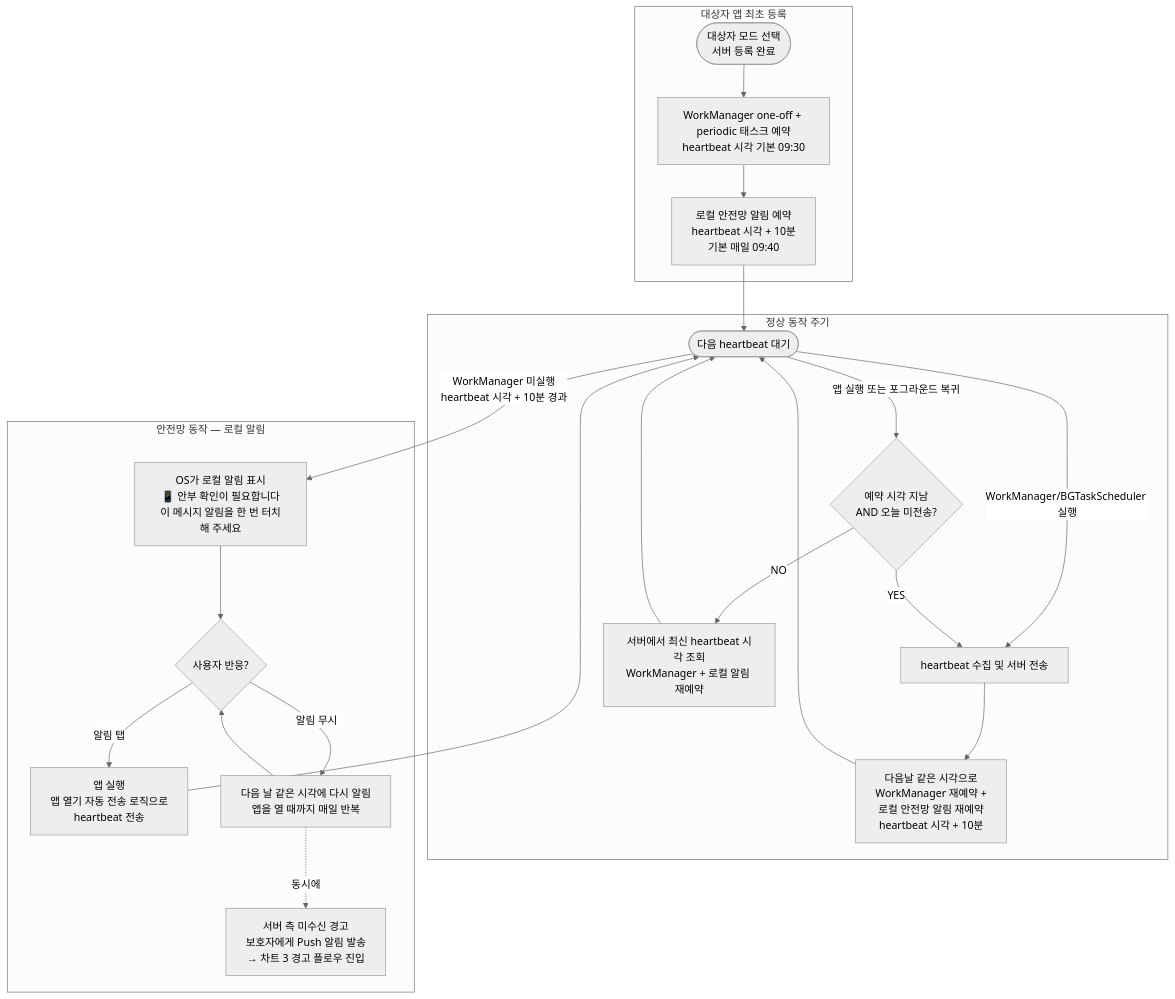
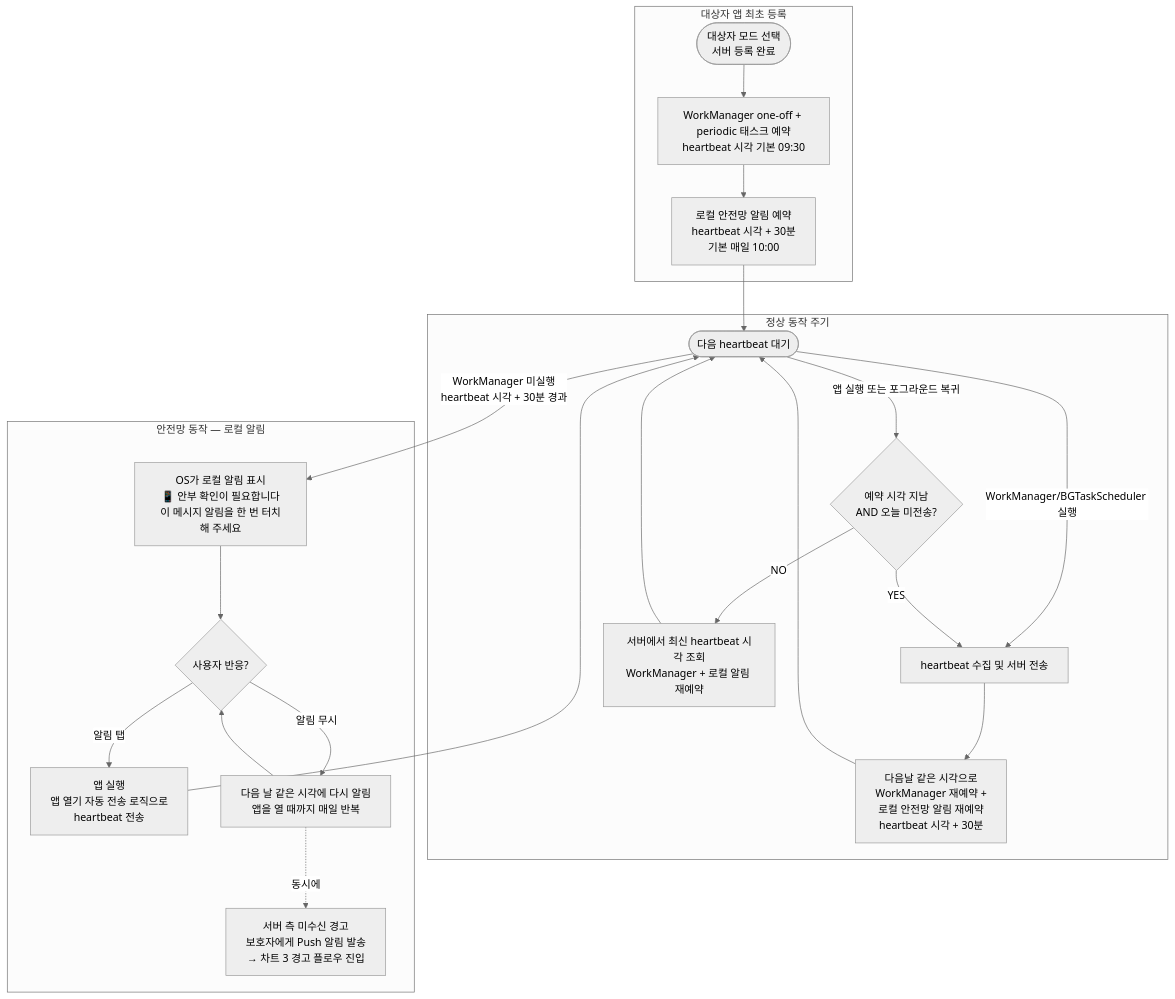
One commit to l10s18bok/kr.co.anbucheck changed the seventh of 7 diagrams in .claude/rules/heartbeat_flowchart.md. Above: the diagram before and after it, drawn with Mermaid (neutral theme). The commit also changed other lines of this file and 3 other files, not shown here.

````diff
--- a/.claude/rules/heartbeat_flowchart.md
+++ b/.claude/rules/heartbeat_flowchart.md
@@ -237,37 +237,37 @@
 ```mermaid
 flowchart TD
     subgraph 최초설치[대상자 앱 최초 등록]
         Install([대상자 모드 선택<br/>서버 등록 완료])
         Install --> FirstWM[WorkManager one-off + periodic 태스크 예약<br/>heartbeat 시각 기본 09:30]
-        FirstWM --> FirstAlarm[로컬 안전망 알림 예약<br/>heartbeat 시각 + 10분<br/>기본 매일 09:40]
+        FirstWM --> FirstAlarm[로컬 안전망 알림 예약<br/>heartbeat 시각 + 30분<br/>기본 매일 10:00]
     end
 
     FirstAlarm --> Wait
 
     subgraph 정상주기[정상 동작 주기]
         Wait([다음 heartbeat 대기])
         Wait -->|WorkManager/BGTaskScheduler 실행| Collect[heartbeat 수집 및 서버 전송]
-        Collect --> Reschedule[다음날 같은 시각으로<br/>WorkManager 재예약 +<br/>로컬 안전망 알림 재예약<br/>heartbeat 시각 + 10분]
+        Collect --> Reschedule[다음날 같은 시각으로<br/>WorkManager 재예약 +<br/>로컬 안전망 알림 재예약<br/>heartbeat 시각 + 30분]
         Reschedule --> Wait
         Wait -->|앱 실행 또는 포그라운드 복귀| AutoSend{예약 시각 지남<br/>AND 오늘 미전송?}
         AutoSend -->|YES| Collect
         AutoSend -->|NO| ServerSync[서버에서 최신 heartbeat 시각 조회<br/>WorkManager + 로컬 알림 재예약]
         ServerSync --> Wait
     end
 
-    Wait -->|WorkManager 미실행<br/>heartbeat 시각 + 10분 경과| Alarm
+    Wait -->|WorkManager 미실행<br/>heartbeat 시각 + 30분 경과| Alarm
 
     subgraph 안전망[안전망 동작 — 로컬 알림]
         Alarm[OS가 로컬 알림 표시<br/>📱 안부 확인이 필요합니다<br/>이 메시지 알림을 한 번 터치해 주세요]
 
         Alarm --> UserAction{사용자 반응?}
 
         UserAction -->|알림 탭| AppOpen[앱 실행<br/>앱 열기 자동 전송 로직으로<br/>heartbeat 전송]
         AppOpen --> Wait
 
         UserAction -->|알림 무시| Repeat[다음 날 같은 시각에 다시 알림<br/>앱을 열 때까지 매일 반복]
         Repeat --> UserAction
 
         Repeat -.->|동시에| ServerAlert[서버 측 미수신 경고<br/>보호자에게 Push 알림 발송<br/>→ 차트 3 경고 플로우 진입]
     end
 ```
````
